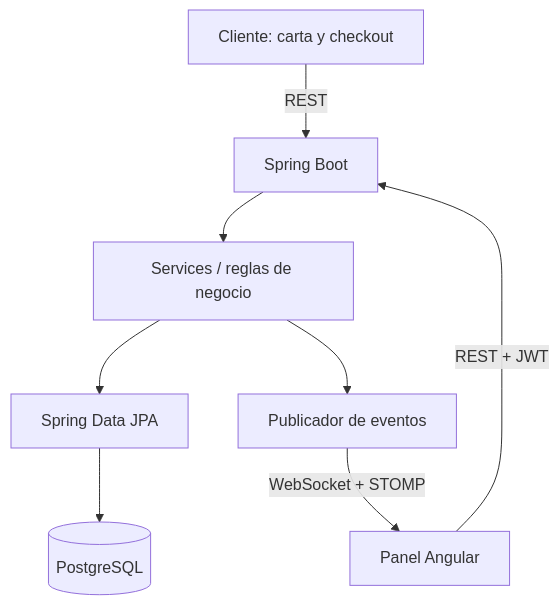
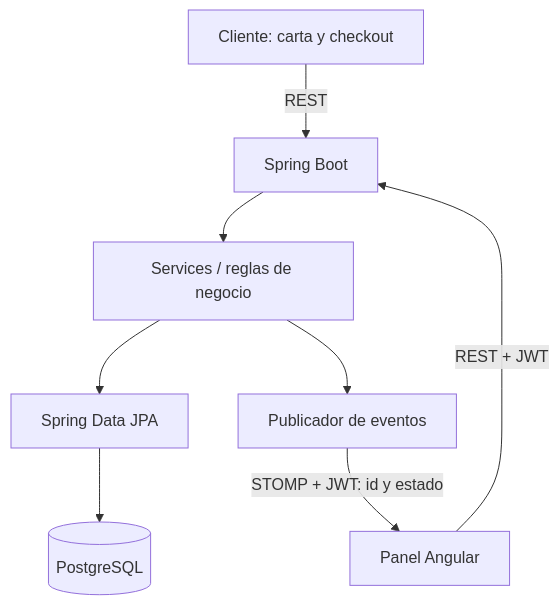
The diagram in README.es.md (francoamarilla/StickyFingers), drawn with Mermaid before and after one commit. The commit also changed other lines of this file and 5 other files, not shown here.

````diff
--- a/README.es.md
+++ b/README.es.md
@@ -26,10 +26,10 @@
 ```mermaid
 flowchart TD
     C[Cliente: carta y checkout] -->|REST| A[Spring Boot]
     P[Panel Angular] -->|REST + JWT| A
     A --> S[Services / reglas de negocio]
     S --> R[Spring Data JPA]
     R --> D[(PostgreSQL)]
     S --> E[Publicador de eventos]
-    E -->|WebSocket + STOMP| P
+    E -->|STOMP + JWT: id y estado| P
 ```
````
